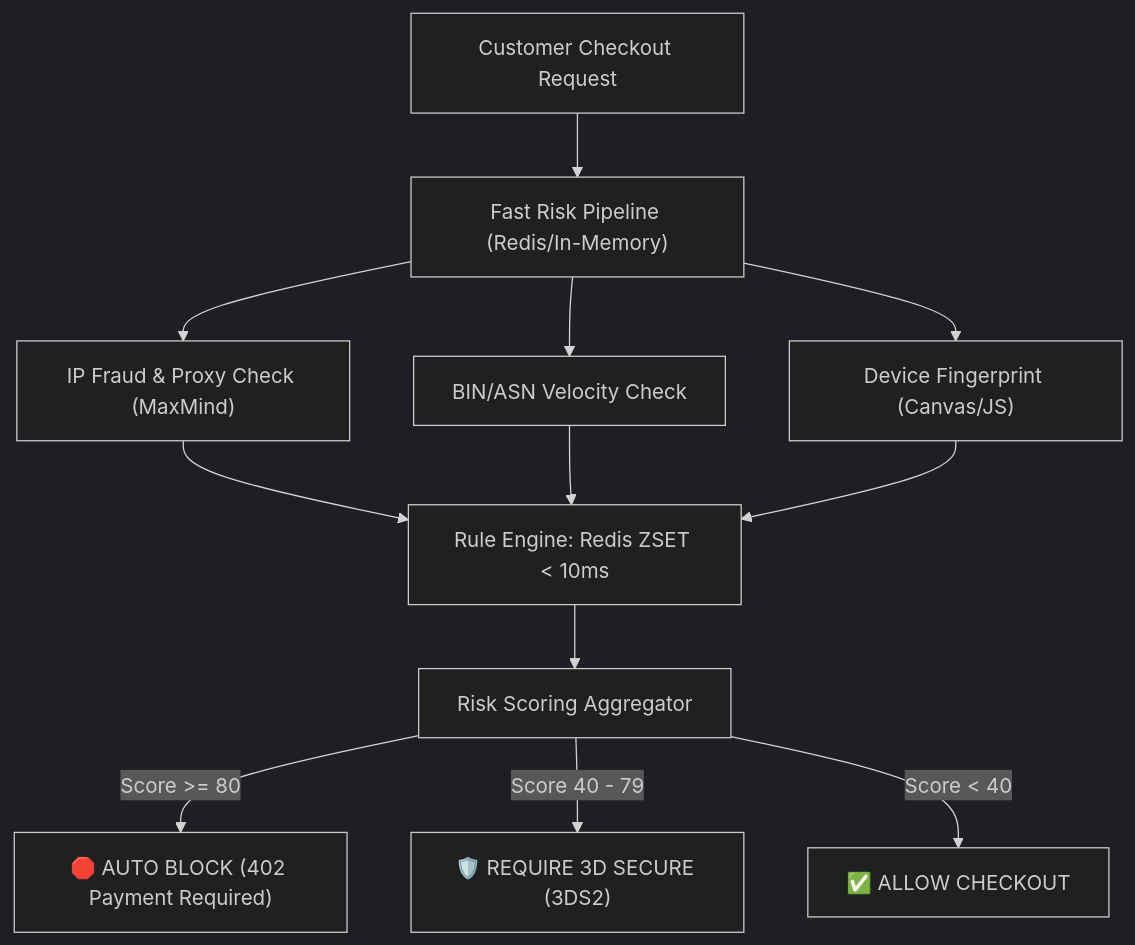
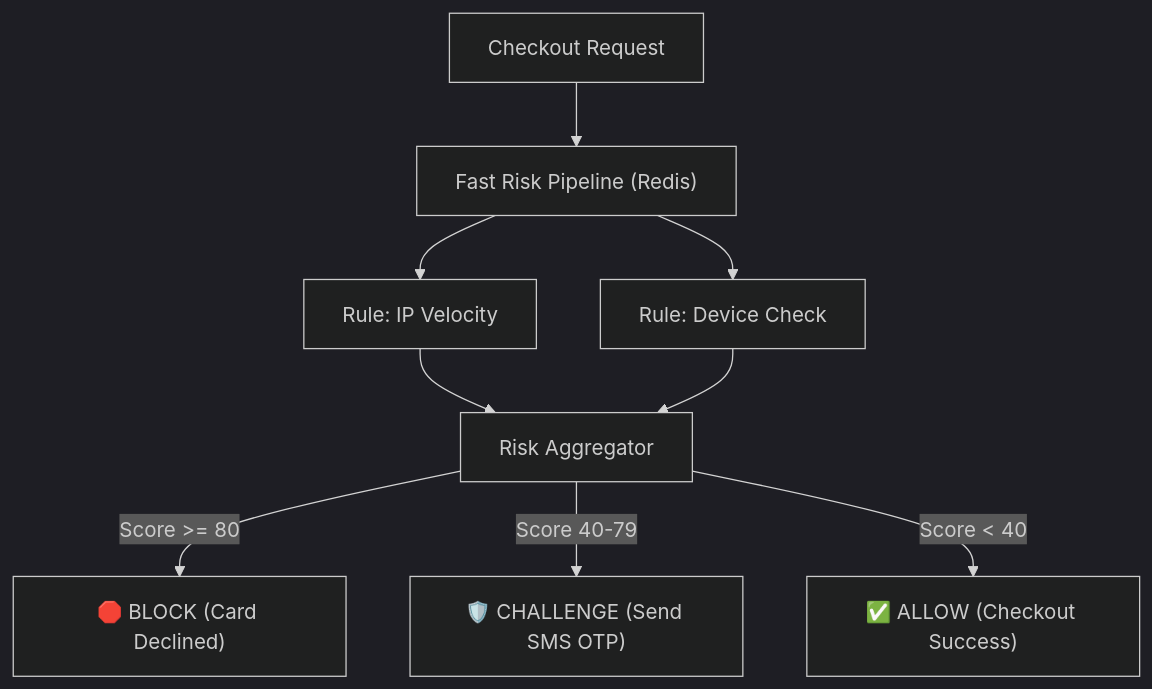
Before and after one commit to fazleyrabby/backend-engineering-mastery: the diagram in system-design/08_real_world_fraud_engine_architecture.md, drawn with Mermaid (dark theme). The commit also changed other lines of this file and 15 other files, not shown here.

````diff
--- a/system-design/08_real_world_fraud_engine_architecture.md
+++ b/system-design/08_real_world_fraud_engine_architecture.md
@@ -20,14 +26,12 @@
 ```mermaid
 flowchart TD
-    A["Customer Checkout Request"] --> B["Fast Risk Pipeline (Redis/In-Memory)"]
-    B --> C["IP Fraud & Proxy Check (MaxMind)"]
-    B --> D["BIN/ASN Velocity Check"]
-    B --> E["Device Fingerprint (Canvas/JS)"]
+    A["Checkout Request"] --> B["Fast Risk Pipeline (Redis)"]
+    B --> C["Rule: IP Velocity"]
+    B --> D["Rule: Device Check"]
     
-    C & D & E --> F["Rule Engine: Redis ZSET < 10ms"]
-    F --> G["Risk Scoring Aggregator"]
+    C & D --> E["Risk Aggregator"]
     
-    G -->|Score >= 80| H["🛑 AUTO BLOCK (402 Payment Required)"]
-    G -->|Score 40 - 79| I["🛡️ REQUIRE 3D SECURE (3DS2)"]
-    G -->|Score < 40| J["✅ ALLOW CHECKOUT"]
+    E -->|Score >= 80| F["🛑 BLOCK (Card Declined)"]
+    E -->|Score 40-79| G["🛡️ CHALLENGE (Send SMS OTP)"]
+    E -->|Score < 40| H["✅ ALLOW (Checkout Success)"]
 ```
````
